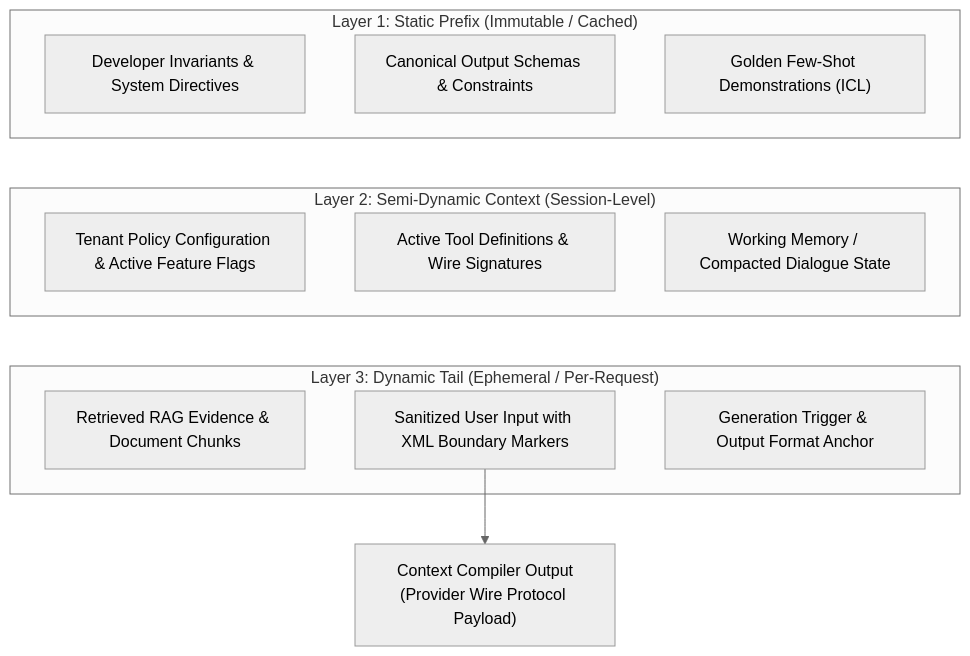
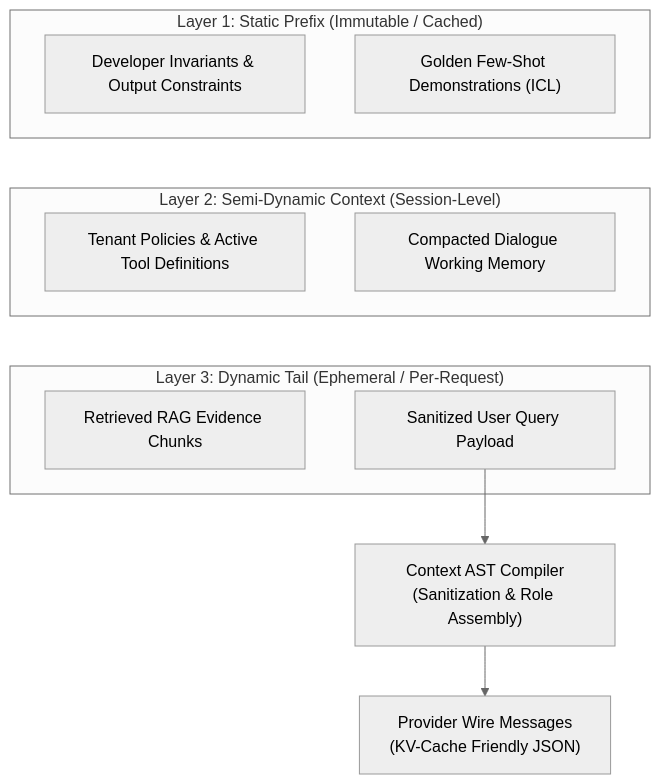
The first of 2 diagrams in 01-prompt-and-context-engineering/01-context-ast-architecture.md (dip4k/senior-engineer-to-ai-engineer-roadmap), drawn with Mermaid (neutral theme) before and after one commit. The commit also changed other lines of this file and 49 other files, not shown here.

````diff
--- a/01-prompt-and-context-engineering/01-context-ast-architecture.md
+++ b/01-prompt-and-context-engineering/01-context-ast-architecture.md
@@ -90,30 +108,23 @@
 ```mermaid
 flowchart TD
-    subgraph Layer1["Layer 1: Static Prefix (Immutable / Cached)"]
-        D1["Developer Invariants & System Directives"]
-        D2["Canonical Output Schemas & Constraints"]
-        D3["Golden Few-Shot Demonstrations (ICL)"]
+    subgraph L1["Layer 1: Static Prefix (Immutable / Cached)"]
+        D1["Developer Invariants & Output Constraints"]
+        D2["Golden Few-Shot Demonstrations (ICL)"]
     end
-
-    subgraph Layer2["Layer 2: Semi-Dynamic Context (Session-Level)"]
-        S1["Tenant Policy Configuration & Active Feature Flags"]
-        S2["Active Tool Definitions & Wire Signatures"]
-        S3["Working Memory / Compacted Dialogue State"]
+    subgraph L2["Layer 2: Semi-Dynamic Context (Session-Level)"]
+        S1["Tenant Policies & Active Tool Definitions"]
+        S2["Compacted Dialogue Working Memory"]
     end
-
-    subgraph Layer3["Layer 3: Dynamic Tail (Ephemeral / Per-Request)"]
-        T1["Retrieved RAG Evidence & Document Chunks"]
-        T2["Sanitized User Input with XML Boundary Markers"]
-        T3["Generation Trigger & Output Format Anchor"]
+    subgraph L3["Layer 3: Dynamic Tail (Ephemeral / Per-Request)"]
+        T1["Retrieved RAG Evidence Chunks"]
+        T2["Sanitized User Query Payload"]
     end
+    Compiler["Context AST Compiler<br>(Sanitization & Role Assembly)"]
+    Wire["Provider Wire Messages<br>(KV-Cache Friendly JSON)"]
 
     D1 ~~~ S1
     D2 ~~~ S2
-    D3 ~~~ S3
-
     S1 ~~~ T1
     S2 ~~~ T2
-    S3 ~~~ T3
-
-    T2 --> Wire["Context Compiler Output<br>(Provider Wire Protocol Payload)"]
+    T2 --> Compiler --> Wire
 ```
````
